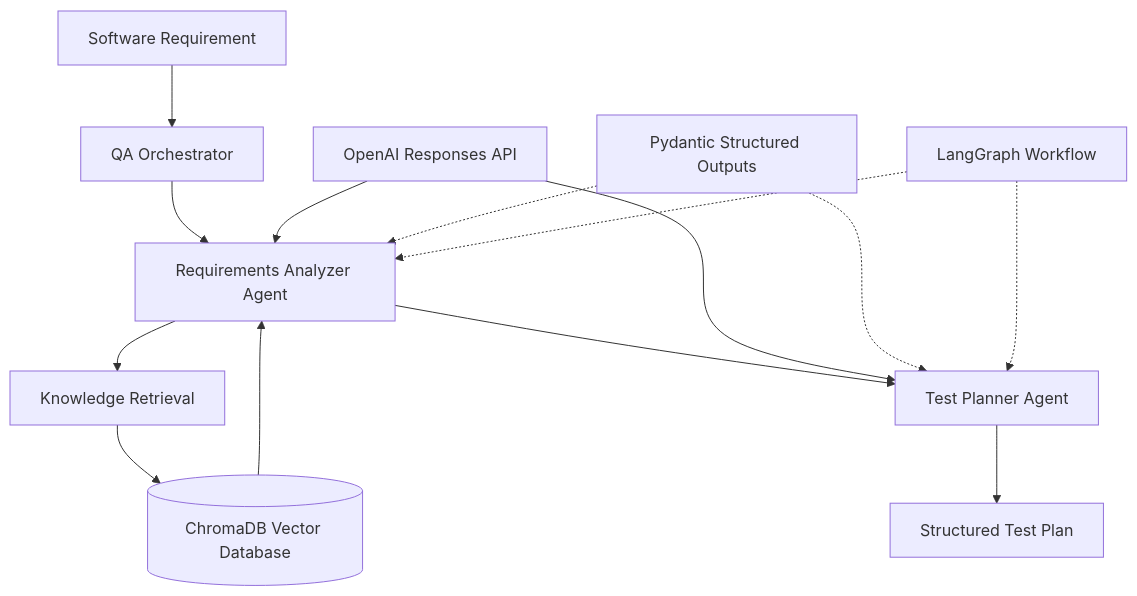
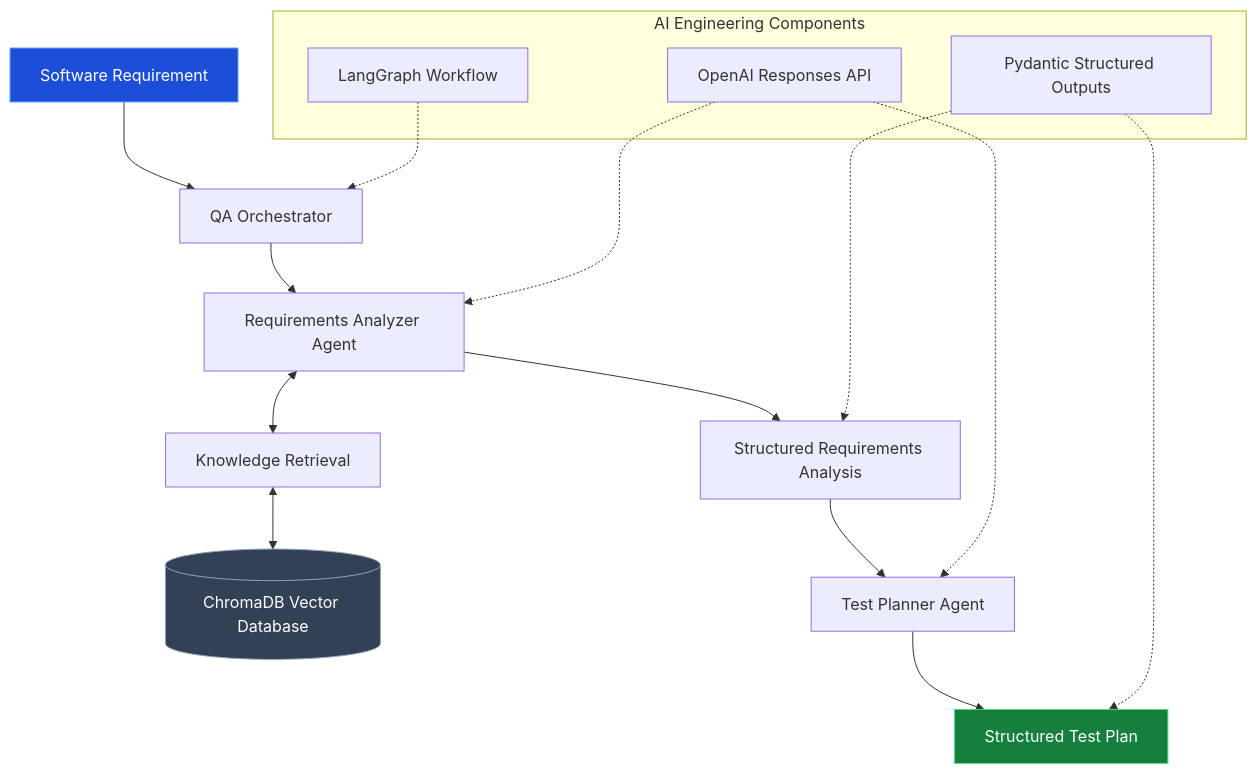
The diagram in README.md (bailona/05-agentic-ai-qa-framework), drawn with Mermaid before and after one commit. The commit also changed other lines of this file, not shown here.

Commit message:
Improve README architecture diagram and documentation

````diff
--- a/README.md
+++ b/README.md
@@ -33,19 +35,31 @@
 ```mermaid
 flowchart TD
     A["Software Requirement"] --> B["QA Orchestrator"]
+
     B --> C["Requirements Analyzer Agent"]
-    C --> D["Knowledge Retrieval"]
-    D --> E[("ChromaDB Vector Database")]
-    E --> C
-    C --> F["Test Planner Agent"]
-    F --> G["Structured Test Plan"]
 
-    H["OpenAI Responses API"] --> C
-    H --> F
+    C <--> D["Knowledge Retrieval"]
+    D <--> E[("ChromaDB Vector Database")]
 
-    I["Pydantic Structured Outputs"] -.-> C
-    I -.-> F
+    C --> F["Structured Requirements Analysis"]
+    F --> G["Test Planner Agent"]
+    G --> H["Structured Test Plan"]
 
-    J["LangGraph Workflow"] -.-> C
+    subgraph AI["AI Engineering Components"]
+        I["OpenAI Responses API"]
+        J["Pydantic Structured Outputs"]
+        K["LangGraph Workflow"]
+    end
+
+    I -.-> C
+    I -.-> G
+
     J -.-> F
+    J -.-> H
+
+    K -.-> B
+
+    style A fill:#1d4ed8,color:#fff,stroke:#60a5fa
+    style H fill:#15803d,color:#fff,stroke:#4ade80
+    style E fill:#334155,color:#fff,stroke:#94a3b8
 ```
````
